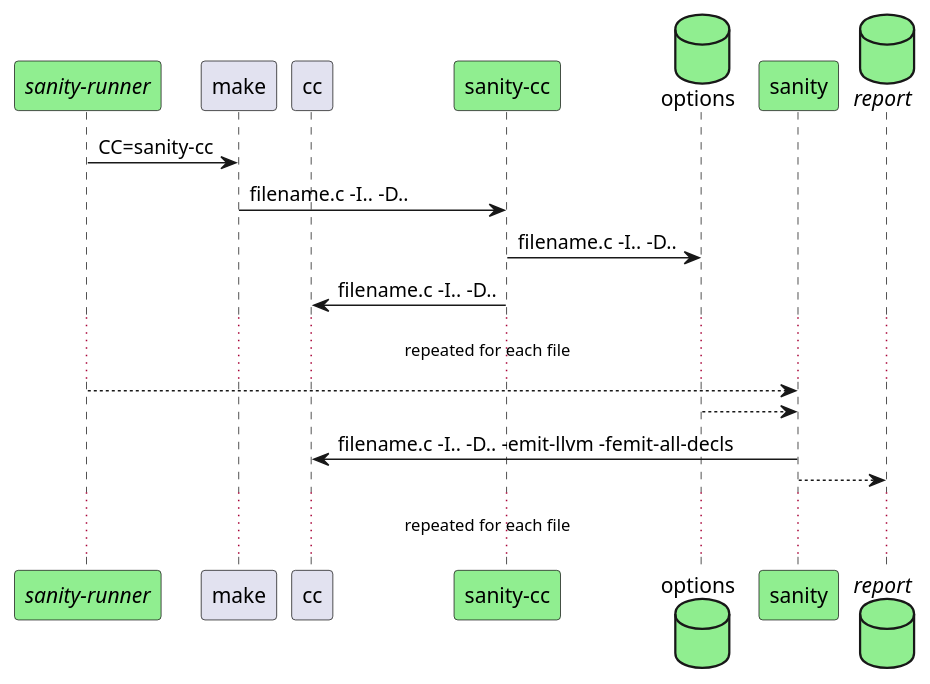
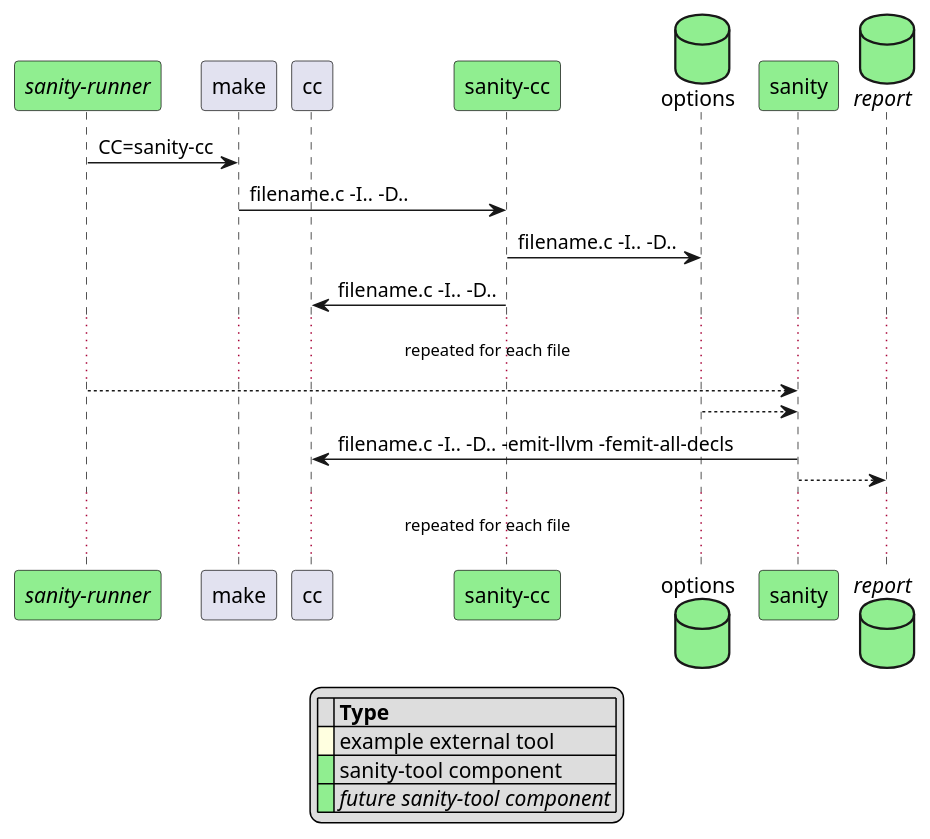
The diagram in sequence.puml (sanity-tool/docs), drawn with PlantUML before and after one commit.

Commit message:
Add legend

```diff
--- a/sequence.puml
+++ b/sequence.puml
@@ -1,22 +1,29 @@
 @startuml
 participant "//sanity-runner//" as runner #lightgreen
 participant make
 participant cc
 participant "sanity-cc" as scc #lightgreen
 database options #lightgreen
 participant sanity #lightgreen
 database "//report//" as report #lightgreen
 
 runner -> make : CC=sanity-cc
 make -> scc : filename.c -I.. -D..
 scc -> options : filename.c -I.. -D.. 
 scc -> cc : filename.c -I.. -D..
 ... repeated for each file ...
 
 runner --> sanity
 sanity <-- options
 sanity -> cc: filename.c -I.. -D.. -emit-llvm -femit-all-decls
 sanity --> report
 ... repeated for each file ...
 
+legend
+|= |= Type |
+|<back:#lightyellow>   </back>| example external tool |
+|<back:#lightgreen>   </back>| sanity-tool component |
+|<back:#lightgreen>   </back>| //future sanity-tool component// |
+endlegend
+
 @enduml
```
